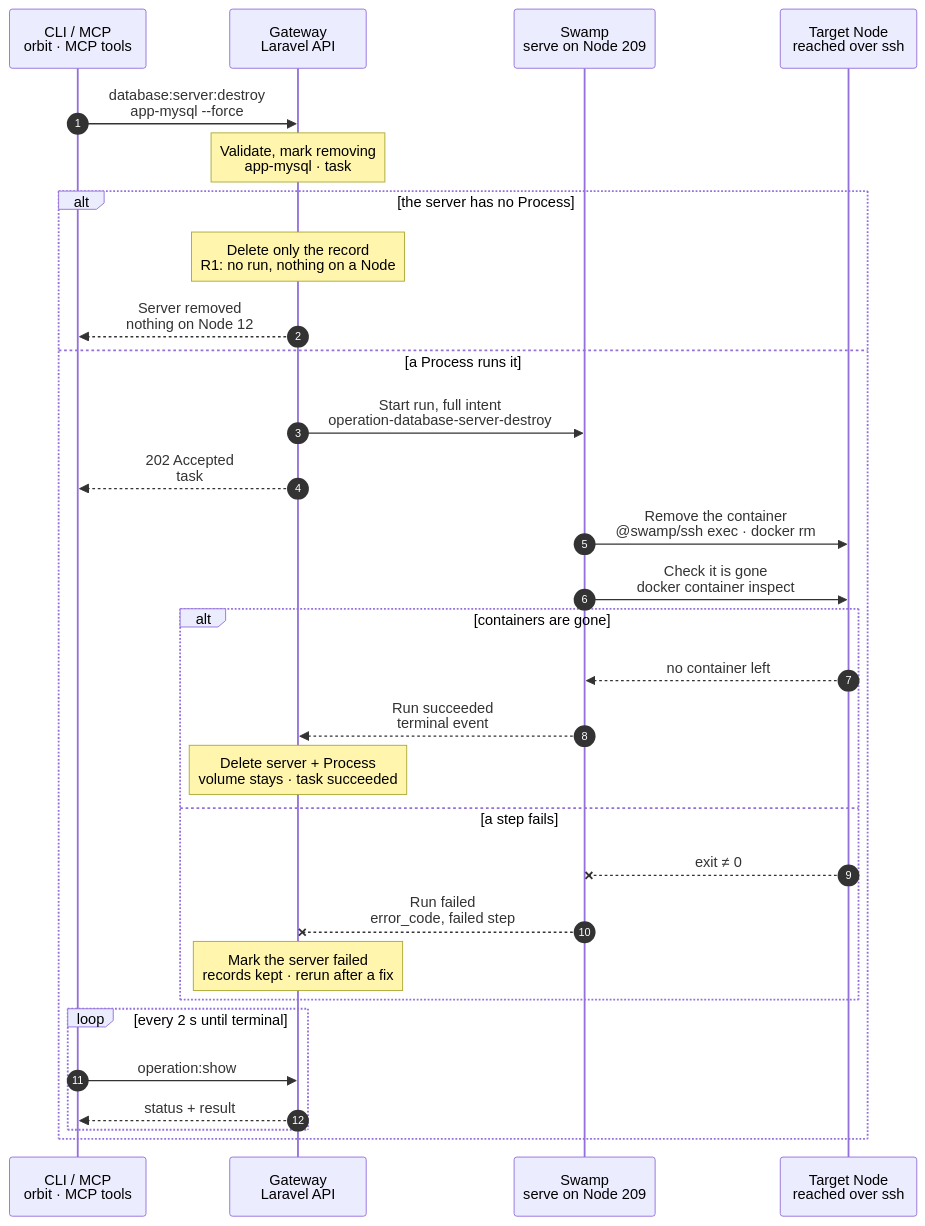
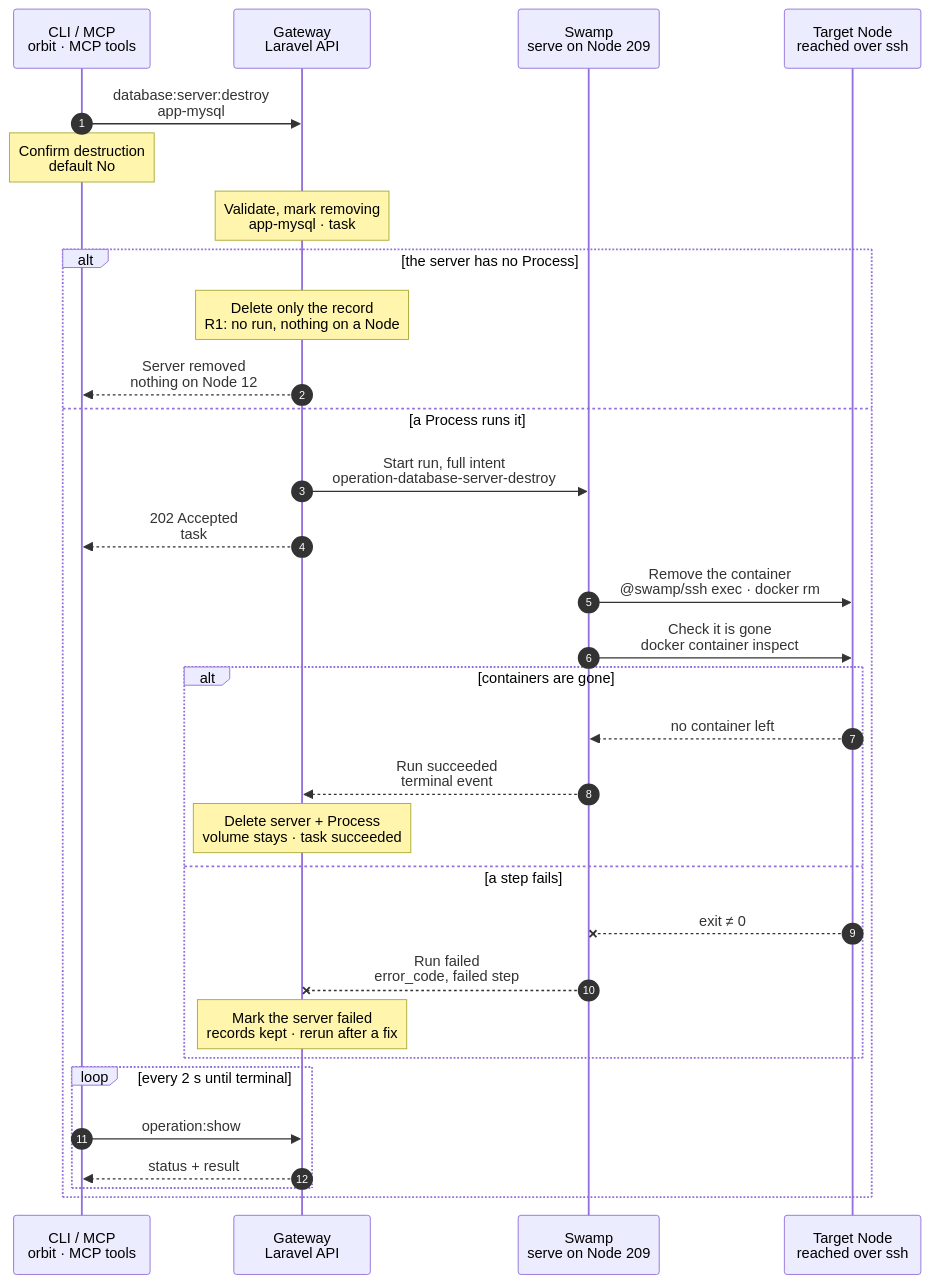
The diagram in docs/cli/database/server-destroy.mmd (hardimpactdev/orbit), drawn with Mermaid before and after one commit. The commit also changed 10 other files, not shown here.

First line of the commit message:
docs(database): charts draw the required-parameter path first (flow rule 23) (#2474)

```diff
--- a/docs/cli/database/server-destroy.mmd
+++ b/docs/cli/database/server-destroy.mmd
@@ -1,111 +1,114 @@
 sequenceDiagram
   %% Target design: ADR 0244 task, single-swamp-node, DECISIONS R1 (record-only change starts no run), R2, R4, flow-tighten rule 22 (one docker command per step as exec argv; cfgmgmt docker_container stores its env as sensitive output the swamp role cannot write). Same shape as tool.remove.
   %% Tightened: flow-tighten 2026-11-02, rules 6, 14, 17, 22 (remove with one docker rm --force; inspect end check; no report or assert step).
   %% status: draft
   %% command: database:server:destroy
   %% kind: database_server.destroy
   autonumber
   %% lane CLI icon=terminal pill=caller tone=gray
   %% lane GW icon=gateway pill=intent tone=blue
   %% lane SW icon=workflow pill=executes tone=green
   %% lane N icon=server pill=target tone=amber
   participant CLI as CLI / MCP<br/>orbit · MCP tools
   participant GW as Gateway<br/>Laravel API
   participant SW as Swamp<br/>serve on Node 209
   participant N as Target Node<br/>reached over ssh
-  CLI->>GW: database:server:destroy<br/>app-mysql --force
+  CLI->>GW: database:server:destroy<br/>app-mysql
   %%> Command:
   %%> - `orbit database:server:destroy app-mysql --force`
   %%> - syntax: `<slug> [--force] [--idempotency-key=KEY] [--json]`
   %%> Input:
   %%> - the slug of the Database server as the argument
   %%> Confirmation:
   %%> - without `--force`, the CLI asks first; the default is No
   %%> - a JSON or non-interactive call without `--force` returns `database.confirmation_required`
+  Note over CLI: Confirm destruction<br/>default No
+  %%> What it does:
+  %%> - ask on a terminal before sending the request; decline cancels
   Note over GW: Validate, mark removing<br/>app-mysql · task #5160
   %%> Requirements:
   %%> - your Node has an access grant to Node 12, which runs app-mysql
   %%> - no Database connection points to app-mysql (`database.server_in_use`)
   %%> - no database create, user change or other task runs on app-mysql (`database.server_busy`)
   %%> What it does:
   %%> - takes the lock for app-mysql and marks it removing, so new databases on it are refused
   %%> Result:
   %%> - task #5160 recorded with the full intent
   alt the server has no Process
     Note over GW: Delete only the record<br/>R1: no run, nothing on a Node
     %%> When:
     %%> - a create failed before it recorded the Process
     %%> Result:
     %%> - the Database server record is deleted; task #5160 succeeds at once
     GW-->>CLI: Server removed<br/>nothing on Node 12
     %%> What you get:
     %%> - the result at once; there is nothing to follow
   else a Process runs it
     GW->>SW: Start run, full intent<br/>operation-database-server-destroy
     %%> What it does:
     %%> - starts one Swamp run on serve (Node 209)
     %%> Inputs:
     %%> - the Process and its container names, including the candidate and original names a create can leave
     %%> - Node 12's address and SSH host keys; the SSH identity comes from the `swamp` role
     %%> Not included:
     %%> - credentials; removal needs no database login
     GW-->>CLI: 202 Accepted<br/>task #5160
     %%> What you get:
     %%> - the task number, at once
     %%> Next:
     %%> - the CLI follows the task with `operation:show`
     SW->>N: Remove the container<br/>@swamp/ssh exec · docker rm
     %%> How:
     %%> - Swamp reaches Node 12 over SSH from 209 with `@swamp/ssh` and the `swamp` role's SSH identity; one `docker rm --force` argv
     %%> - `@swamp/cfgmgmt/docker_container` would store the container env as sensitive output in a vault the `swamp` role cannot write
     %%> What it does:
     %%> - removes the server's container; one that is already gone counts as removed
     %%> - the database recovers from its volume on a later start, as after a crash
     %%> Not removed:
     %%> - the volume `orbit-app-mysql-data`, so the data survives
     SW->>N: Check it is gone<br/>docker container inspect
     %%> What it does:
     %%> - `docker container inspect` must exit 1, no such container; that is the end check
     %%> - the behavior's own `check` reports drift but cannot fail a run, so a plain inspect does it
     %%> Not included:
     %%> - no report or assert step: a failed step ends the run with its own exit code, mapped to `database.server_remove_failed`
     alt containers are gone
       N-->>SW: no container left
       %%> Returns:
       %%> - the check passed for every container name
       SW-->>GW: Run succeeded<br/>terminal event
       %%> How the Gateway learns it:
       %%> - its shared run reader sees the terminal event; Swamp never calls the Gateway
       Note over GW: Delete server + Process<br/>volume stays · task succeeded
       %%> Result:
       %%> - the Database server and Process records are deleted
       %%> - task #5160 succeeds
       %%> On the Node:
       %%> - the volume `orbit-app-mysql-data` stays; remove it by hand when its data must go
       %%> - a new server with the same slug finds the old volume
     else a step fails
       N--xSW: exit ≠ 0
       %%> When:
       %%> - SSH fails, or Docker refuses to stop or remove a container
       SW--xGW: Run failed<br/>error_code, failed step
       %%> The Gateway reads:
       %%> - which step failed and its error code
       Note over GW: Mark the server failed<br/>records kept · rerun after a fix
       %%> Result:
       %%> - Database server app-mysql and its Process stay recorded, marked failed
       %%> - task #5160 fails
       %%> On the Node:
       %%> - containers removed before the failure stay removed; there is no rollback
       %%> - that is safe: a rerun inspects again and skips containers that are gone
       %%> Retry:
       %%> - run the same command again after fixing the cause; it is a new task
     end
     loop every 2 s until terminal
       CLI->>GW: operation:show #5160
       %%> What it does:
       %%> - asks for the task's status every 2 seconds until it has ended
       GW-->>CLI: status + result
       %%> Returns:
       %%> - the current status, and the result once the task has ended
     end
   end
```
